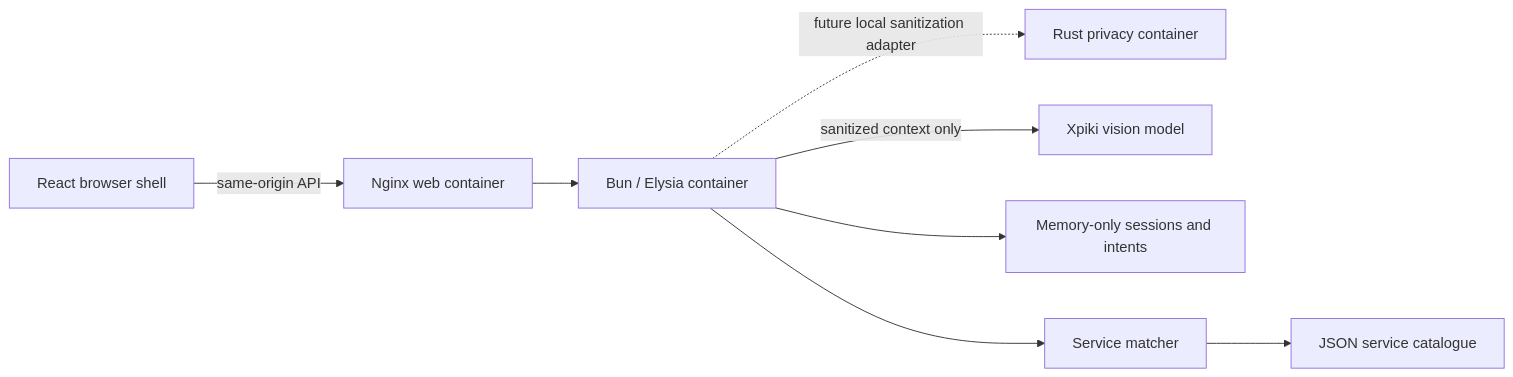
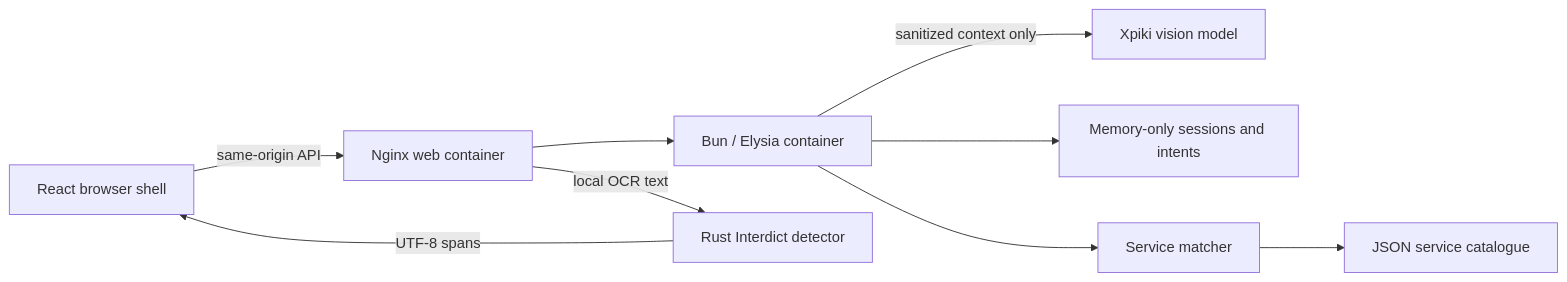
One commit to fabiodinota/hackathon-repo changed the diagram in docs/architecture.md. Above: the diagram before and after it, drawn with Mermaid. The commit also changed other lines of this file and 40 other files, not shown here.

````diff
--- a/docs/architecture.md
+++ b/docs/architecture.md
@@ -19,10 +19,11 @@
 ```mermaid
 flowchart LR
   Browser[React browser shell] -->|same-origin API| Web[Nginx web container]
   Web --> API[Bun / Elysia container]
-  API -. future local sanitization adapter .-> Privacy[Rust privacy container]
+  Web -->|local OCR text| Privacy[Rust Interdict detector]
+  Privacy -->|UTF-8 spans| Browser
   API -->|sanitized context only| Cloud[Xpiki vision model]
   API --> Store[Memory-only sessions and intents]
   API --> Matcher[Service matcher]
   Matcher --> Catalogue[JSON service catalogue]
 ```
````
